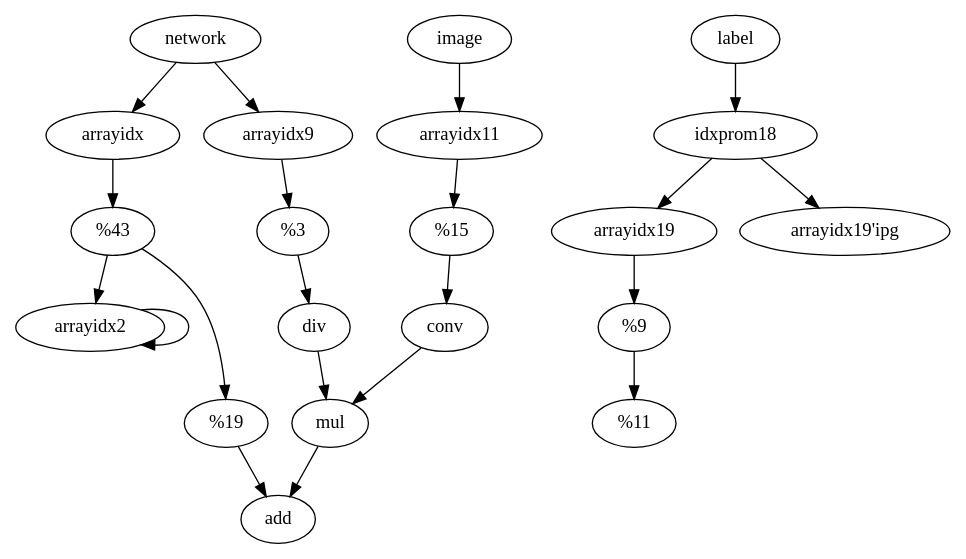
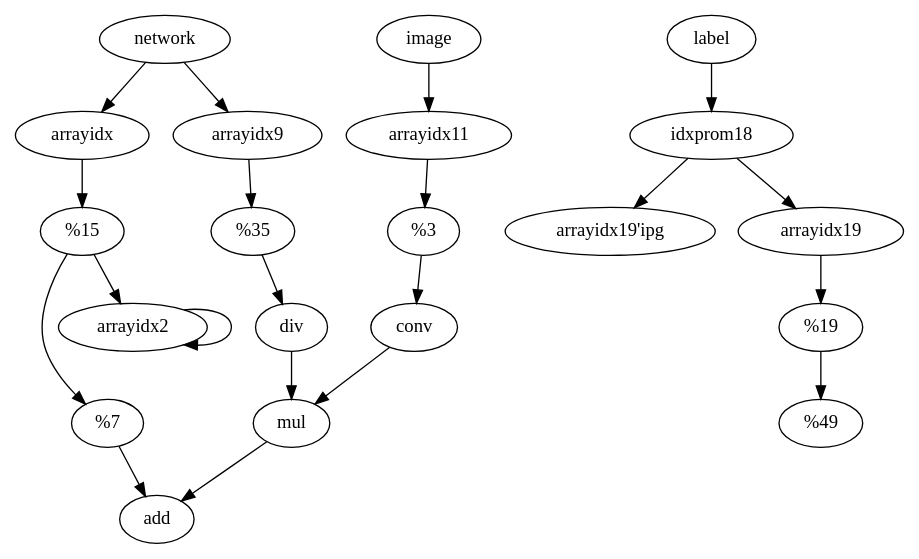
One commit to sfu-arch/Enzyme changed the diagram in enzyme/benchmarks/nn/forward.dot. Above: the diagram before and after it, drawn with Graphviz. The commit also changed other lines of this file and 38 other files, not shown here.

```diff
--- a/enzyme/benchmarks/nn/forward.dot
+++ b/enzyme/benchmarks/nn/forward.dot
@@ -1,22 +1,22 @@
 digraph G {
-		"%3" -> "div"
-		"conv" -> "mul"
-		"%21" -> "%22"
 		"%4" -> "conv"
 		"%2" -> "add"
-		"arrayidx2" -> "arrayidx2"
-		"arrayidx9" -> "%3"
+		"idxprom18" -> "arrayidx19'ipg"
+		"idxprom18" -> "arrayidx19"
+		"arrayidx" -> "%1"
 		"arrayidx19" -> "%21"
 		"div" -> "mul"
-		"mul" -> "add"
-		"arrayidx11" -> "%4"
 		"image" -> "arrayidx11"
 		"network" -> "arrayidx9"
 		"network" -> "arrayidx"
 		"label" -> "idxprom18"
-		"arrayidx" -> "%1"
-		"idxprom18" -> "arrayidx19'ipg"
-		"idxprom18" -> "arrayidx19"
+		"arrayidx11" -> "%4"
+		"arrayidx9" -> "%3"
 		"%1" -> "%2"
 		"%1" -> "arrayidx2"
+		"conv" -> "mul"
+		"%3" -> "div"
+		"arrayidx2" -> "arrayidx2"
+		"%21" -> "%22"
+		"mul" -> "add"
 }
```
